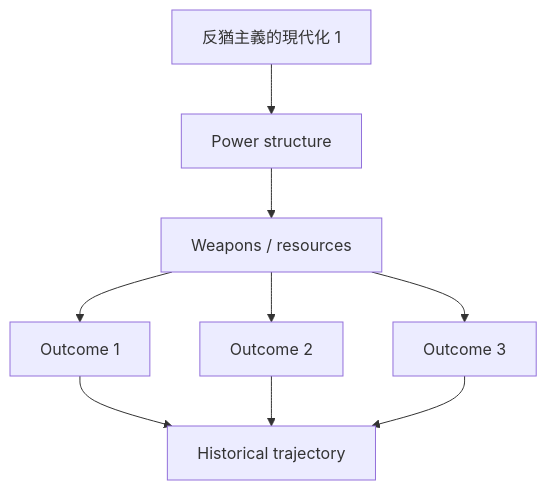
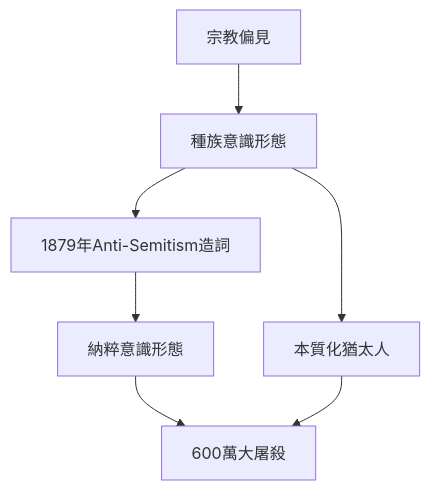
The second of 10 diagrams in 02_Harvard_Courses/Fall_Courses/Hist39_Jews_in_the_Modern_World.md (yip-lgtm/HKU-Harvard-History-Self-Study), drawn with Mermaid before and after one commit. The commit also changed other lines of this file and 65 other files, not shown here.

````diff
--- a/02_Harvard_Courses/Fall_Courses/Hist39_Jews_in_the_Modern_World.md
+++ b/02_Harvard_Courses/Fall_Courses/Hist39_Jews_in_the_Modern_World.md
@@ -146,11 +119,9 @@
 ```mermaid
 graph TD
-    A[反猶主義的現代化 1] --> B[Power structure]
-    B --> C[Weapons / resources]
-    C --> D[Outcome 1]
-    C --> E[Outcome 2]
-    C --> F[Outcome 3]
-    D --> G[Historical trajectory]
-    E --> G
-    F --> G
+    A[宗教偏見] --> B[種族意識形態]
+    B --> C[1879年Anti-Semitism造詞]
+    C --> D[納粹意識形態]
+    B --> E[本質化猶太人]
+    D --> F[600萬大屠殺]
+    E --> F
 ```
````
